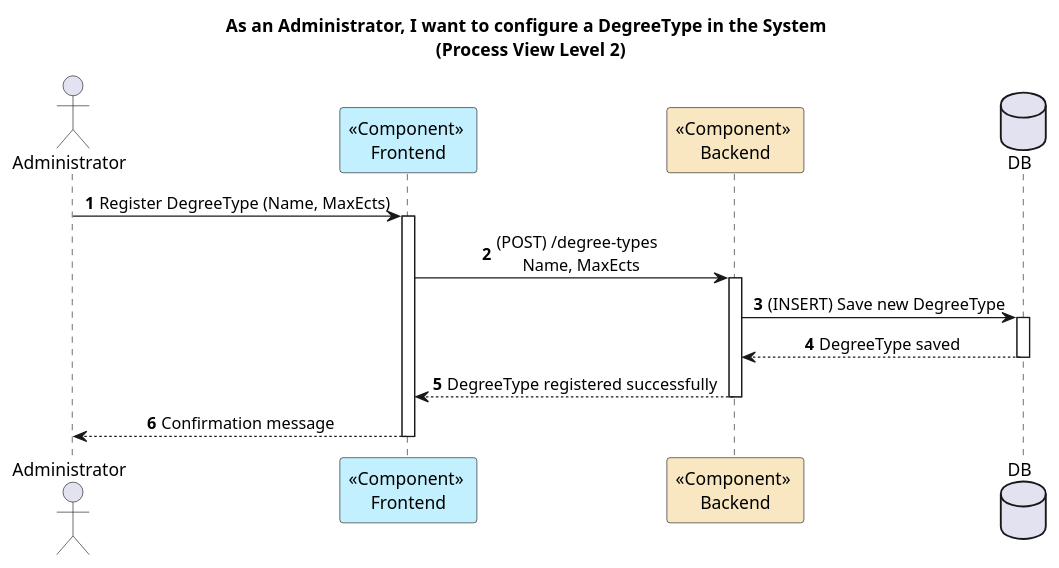
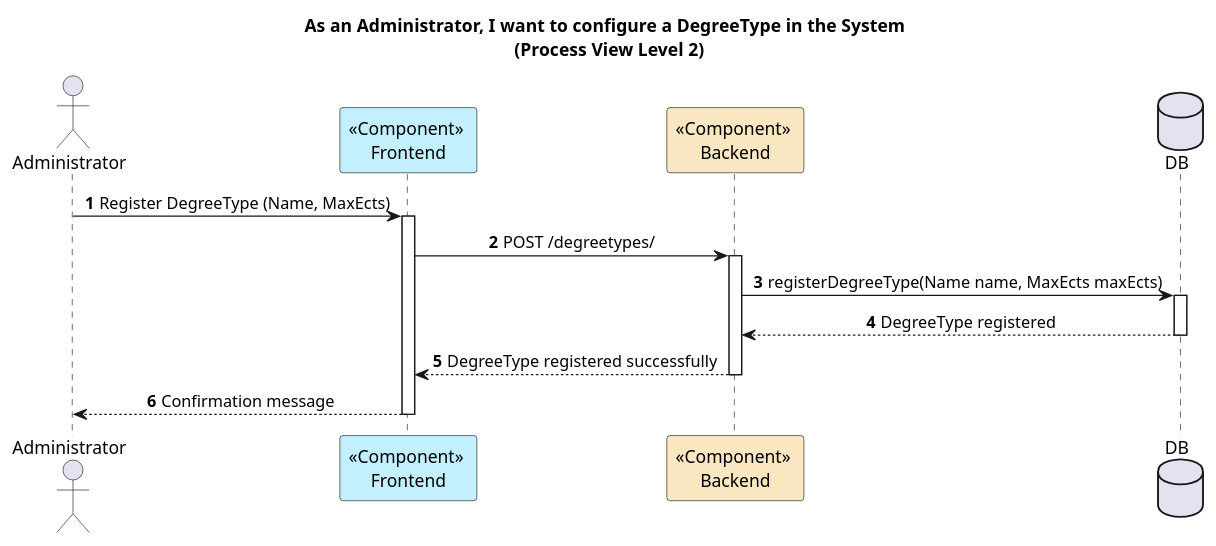
The diagram in docs/US10/REST_API/ProcessView/Level2.puml (GasparISEP/DevOps-PAI), drawn with PlantUML before and after one commit.

Commit message:
Updated Process View Level 2 for US10. #524

```diff
--- a/docs/US10/REST_API/ProcessView/Level2.puml
+++ b/docs/US10/REST_API/ProcessView/Level2.puml
@@ -1,29 +1,29 @@
 @startuml
 
 autonumber
 title As an Administrator, I want to configure a DegreeType in the System \n (Process View Level 2)
 
 skinparam sequenceMessageAlign center
 
 actor Administrator
 participant "<<Component>> \nFrontend" as FE #application
 participant "<<Component>> \nBackend" as BE #strategy
 database DB
 
 Administrator -> FE : Register DegreeType (Name, MaxEcts)
 activate FE
-FE -> BE : (POST) /degree-types \n Name, MaxEcts
+FE -> BE : POST /degreetypes/
 activate BE
 
-BE -> DB : (INSERT) Save new DegreeType
+BE -> DB : registerDegreeType(Name name, MaxEcts maxEcts)
 activate DB
-DB --> BE : DegreeType saved
+DB --> BE : DegreeType registered
 deactivate DB
 
 BE --> FE : DegreeType registered successfully
 deactivate BE
 
 FE --> Administrator : Confirmation message
 deactivate FE
 
 @enduml
```
